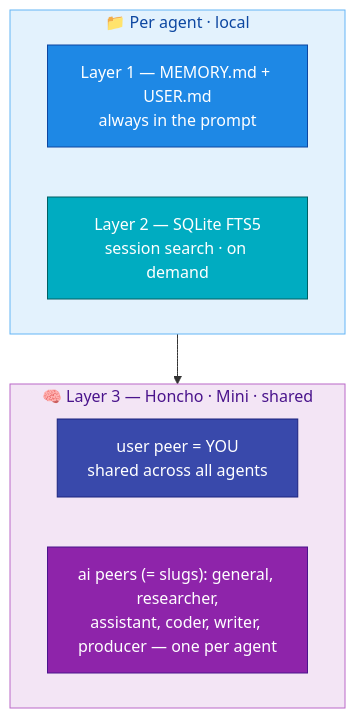
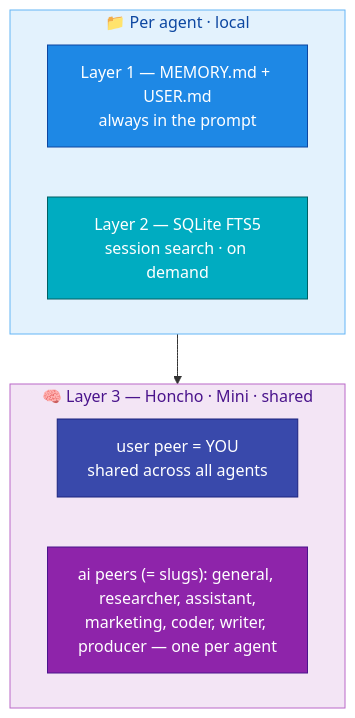
The first of 2 diagrams in docs/07-memory.md (mpolatcan/hermes-setup), drawn with Mermaid before and after one commit. The commit also changed other lines of this file and 12 other files, not shown here.

First line of the commit message:
refactor: repurpose 7th agent ops(Nilay/DevOps) -> marketing(Nilay)

````diff
--- a/docs/07-memory.md
+++ b/docs/07-memory.md
@@ -7,18 +7,18 @@
 ```mermaid
 flowchart TB
     subgraph per["📁 Per agent · local"]
         L1["Layer 1 — MEMORY.md + USER.md<br/>always in the prompt"]:::l1
         L2["Layer 2 — SQLite FTS5<br/>session search · on demand"]:::l2
     end
     subgraph hon["🧠 Layer 3 — Honcho · Mini · shared"]
         user["user peer = YOU<br/>shared across all agents"]:::user
-        peers["ai peers (= slugs): general, researcher,<br/>assistant, coder, writer, producer — one per agent"]:::infra
+        peers["ai peers (= slugs): general, researcher, assistant,<br/>marketing, coder, writer, producer — one per agent"]:::infra
     end
     per --> hon
     classDef l1 fill:#1E88E5,stroke:#0D47A1,color:#fff
     classDef l2 fill:#00ACC1,stroke:#006064,color:#fff
     classDef user fill:#3949AB,stroke:#1A237E,color:#fff
     classDef infra fill:#8E24AA,stroke:#4A148C,color:#fff
     style per fill:#E3F2FD,stroke:#64B5F6,color:#0D47A1
     style hon fill:#F3E5F5,stroke:#BA68C8,color:#4A148C
 ```
````
